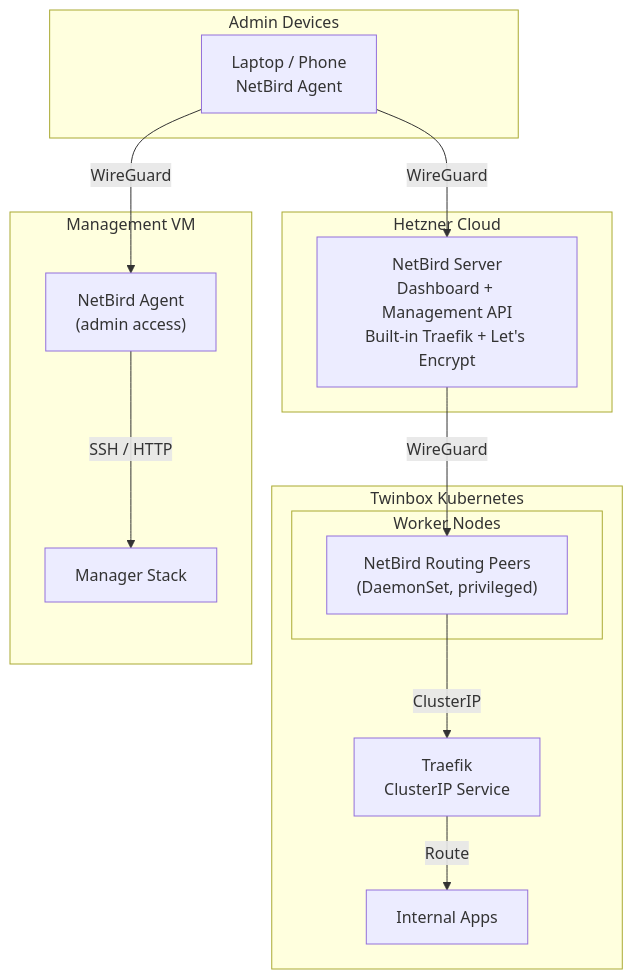
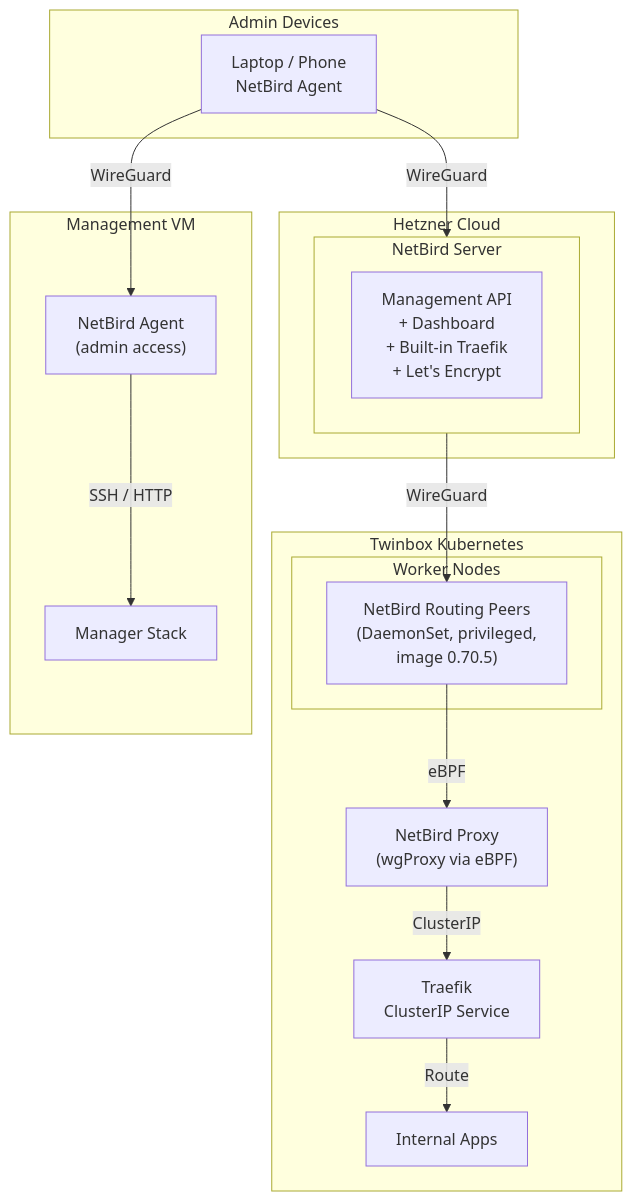
One commit to harrywesterman/Twinbox changed the sixth of 8 diagrams in docs/architecture.md. Above: the diagram before and after it, drawn with Mermaid. The commit also changed other lines of this file and 2 other files, not shown here.

Commit message:
Update architecture.md: Proxmox cluster, expanded NetBird section

````diff
--- a/docs/architecture.md
+++ b/docs/architecture.md
@@ -456,31 +458,35 @@
 ```mermaid
 graph TB
     subgraph Hetzner["Hetzner Cloud"]
-        NBServer["NetBird Server<br/>Dashboard + Management API<br/>Built-in Traefik + Let's Encrypt"]
+        subgraph NBServer["NetBird Server"]
+            Server["Management API<br/>+ Dashboard<br/>+ Built-in Traefik<br/>+ Let's Encrypt"]
+        end
     end
 
     subgraph AdminDevices["Admin Devices"]
         Admin1["Laptop / Phone<br/>NetBird Agent"]
     end
 
     subgraph TwinboxCluster["Twinbox Kubernetes"]
         subgraph K8sWorkers["Worker Nodes"]
-            NBRP["NetBird Routing Peers<br/>(DaemonSet, privileged)"]
+            NBRP["NetBird Routing Peers<br/>(DaemonSet, privileged,<br/>image 0.70.5)"]
         end
         Traefik["Traefik<br/>ClusterIP Service"]
+        Proxy["NetBird Proxy<br/>(wgProxy via eBPF)"]
         Apps["Internal Apps"]
     end
 
     subgraph ManagementVM["Management VM"]
         NBAgent["NetBird Agent<br/>(admin access)"]
         Manager["Manager Stack"]
     end
 
     Admin1 -->|"WireGuard"| NBServer
     NBServer -->|"WireGuard"| NBRP
-    NBRP -->|"ClusterIP"| Traefik
+    NBRP -->|"eBPF"| Proxy
+    Proxy -->|"ClusterIP"| Traefik
     Traefik -->|"Route"| Apps
 
     Admin1 -->|"WireGuard"| NBAgent
     NBAgent -->|"SSH / HTTP"| Manager
 ```
````
